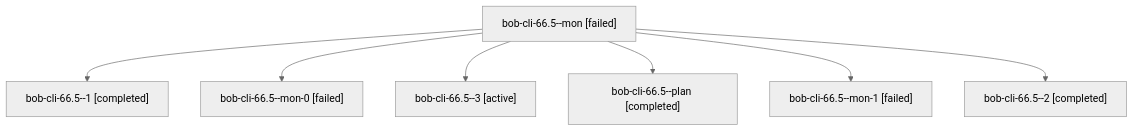
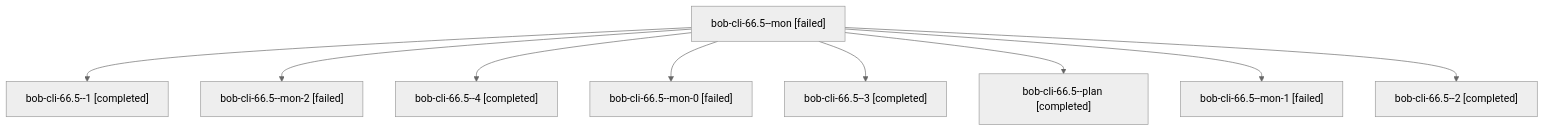
Before and after one commit to bobs-org/bob-cli--agents: the diagram in sessions/bbugyi200.athena.bob-cli-66.5.md, drawn with Mermaid (neutral theme). The commit also changed other lines of this file and 48 other files, not shown here.

````diff
--- a/sessions/bbugyi200.athena.bob-cli-66.5.md
+++ b/sessions/bbugyi200.athena.bob-cli-66.5.md
@@ -9,16 +9,20 @@
 ```mermaid
 flowchart TD
   n0["bob-cli-66.5--mon [failed]"]
   n1["bob-cli-66.5--1 [completed]"]
   n0 --> n1
-  n2["bob-cli-66.5--mon-0 [failed]"]
+  n2["bob-cli-66.5--mon-2 [failed]"]
   n0 --> n2
-  n3["bob-cli-66.5--3 [active]"]
+  n3["bob-cli-66.5--4 [completed]"]
   n0 --> n3
-  n4["bob-cli-66.5--plan [completed]"]
+  n4["bob-cli-66.5--mon-0 [failed]"]
   n0 --> n4
-  n5["bob-cli-66.5--mon-1 [failed]"]
+  n5["bob-cli-66.5--3 [completed]"]
   n0 --> n5
-  n6["bob-cli-66.5--2 [completed]"]
+  n6["bob-cli-66.5--plan [completed]"]
   n0 --> n6
+  n7["bob-cli-66.5--mon-1 [failed]"]
+  n0 --> n7
+  n8["bob-cli-66.5--2 [completed]"]
+  n0 --> n8
 ```
````
